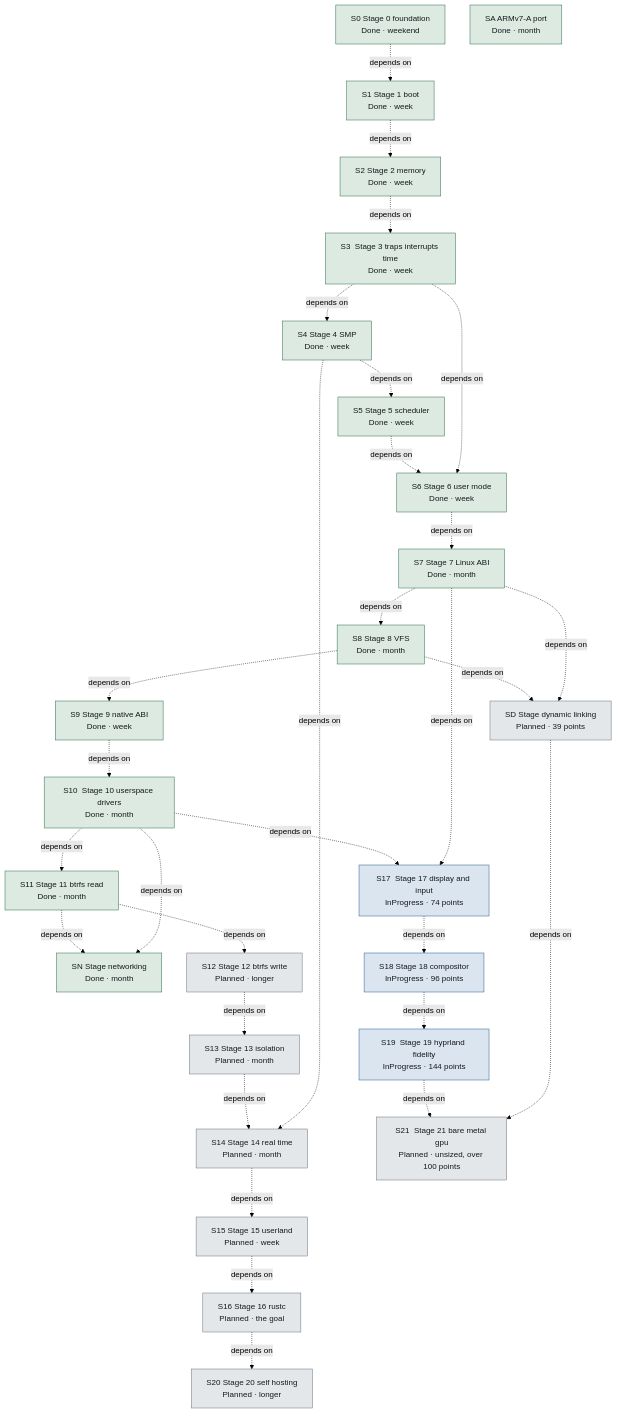
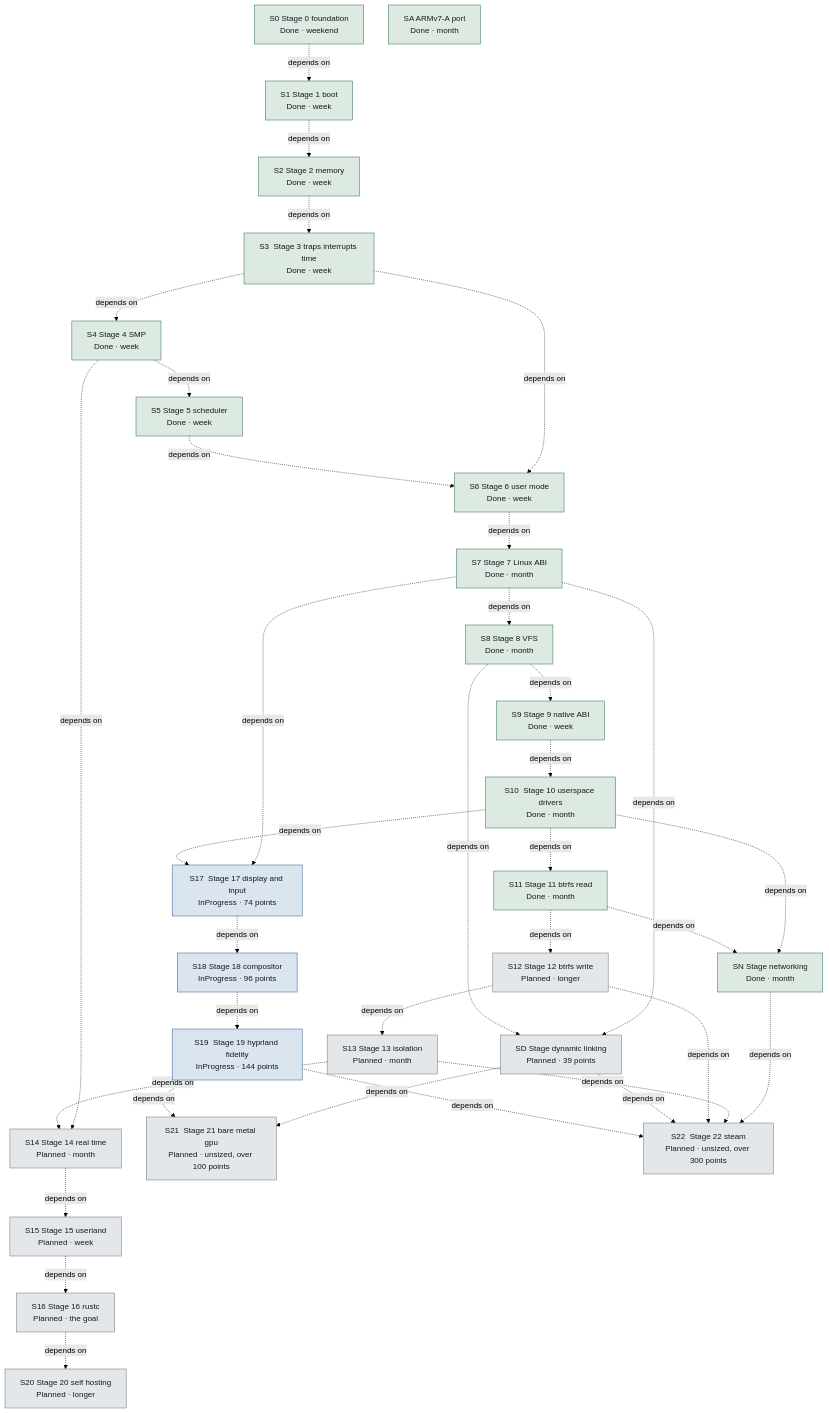
Diagram 16 of 19 in docs/generated/ARCHITECTURE.md (SetZero/ferrix), drawn with Mermaid (forest theme) before and after one commit. The commit also changed other lines of this file and 6 other files, not shown here.

First line of the commit message:
Put Steam on the roadmap, as stage 22

````diff
--- a/docs/generated/ARCHITECTURE.md
+++ b/docs/generated/ARCHITECTURE.md
@@ -2541,63 +2542,69 @@
 ```mermaid
 flowchart TB
   n0_FerrixRoadmap_stage0Foundation["S0  Stage 0 foundation<br>Done · weekend"]
   n1_FerrixRoadmap_stage1Boot["S1  Stage 1 boot<br>Done · week"]
   n2_FerrixRoadmap_stage2Memory["S2  Stage 2 memory<br>Done · week"]
   n3_FerrixRoadmap_stage3TrapsInterruptsTime["S3  Stage 3 traps interrupts time<br>Done · week"]
   n4_FerrixRoadmap_stage4Smp["S4  Stage 4 SMP<br>Done · week"]
   n5_FerrixRoadmap_armv7aPort["SA  ARMv7-A port<br>Done · month"]
   n6_FerrixRoadmap_stage5Scheduler["S5  Stage 5 scheduler<br>Done · week"]
   n7_FerrixRoadmap_stage6UserMode["S6  Stage 6 user mode<br>Done · week"]
   n8_FerrixRoadmap_stage7LinuxAbi["S7  Stage 7 Linux ABI<br>Done · month"]
   n9_FerrixRoadmap_stage8Vfs["S8  Stage 8 VFS<br>Done · month"]
   n10_FerrixRoadmap_stage9NativeAbi["S9  Stage 9 native ABI<br>Done · week"]
   n11_FerrixRoadmap_stage10UserspaceDrivers["S10  Stage 10 userspace drivers<br>Done · month"]
   n12_FerrixRoadmap_stage11BtrfsRead["S11  Stage 11 btrfs read<br>Done · month"]
   n13_FerrixRoadmap_stageNetworking["SN  Stage networking<br>Done · month"]
   n14_FerrixRoadmap_stageDynamicLinking["SD  Stage dynamic linking<br>Planned · 39 points"]
   n15_FerrixRoadmap_stage12BtrfsWrite["S12  Stage 12 btrfs write<br>Planned · longer"]
   n16_FerrixRoadmap_stage13Isolation["S13  Stage 13 isolation<br>Planned · month"]
   n17_FerrixRoadmap_stage14RealTime["S14  Stage 14 real time<br>Planned · month"]
   n18_FerrixRoadmap_stage15Userland["S15  Stage 15 userland<br>Planned · week"]
   n19_FerrixRoadmap_stage16Rustc["S16  Stage 16 rustc<br>Planned · the goal"]
   n20_FerrixRoadmap_stage17DisplayAndInput["S17  Stage 17 display and input<br>InProgress · 74 points"]
   n21_FerrixRoadmap_stage18Compositor["S18  Stage 18 compositor<br>InProgress · 96 points"]
   n22_FerrixRoadmap_stage19HyprlandFidelity["S19  Stage 19 hyprland fidelity<br>InProgress · 144 points"]
   n23_FerrixRoadmap_stage21BareMetalGpu["S21  Stage 21 bare metal gpu<br>Planned · unsized, over 100 points"]
-  n24_FerrixRoadmap_stage20SelfHosting["S20  Stage 20 self hosting<br>Planned · longer"]
+  n24_FerrixRoadmap_stage22Steam["S22  Stage 22 steam<br>Planned · unsized, over 300 points"]
+  n25_FerrixRoadmap_stage20SelfHosting["S20  Stage 20 self hosting<br>Planned · longer"]
   n0_FerrixRoadmap_stage0Foundation -. "depends on" .-> n1_FerrixRoadmap_stage1Boot
   n1_FerrixRoadmap_stage1Boot -. "depends on" .-> n2_FerrixRoadmap_stage2Memory
   n2_FerrixRoadmap_stage2Memory -. "depends on" .-> n3_FerrixRoadmap_stage3TrapsInterruptsTime
   n3_FerrixRoadmap_stage3TrapsInterruptsTime -. "depends on" .-> n4_FerrixRoadmap_stage4Smp
   n4_FerrixRoadmap_stage4Smp -. "depends on" .-> n6_FerrixRoadmap_stage5Scheduler
   n6_FerrixRoadmap_stage5Scheduler -. "depends on" .-> n7_FerrixRoadmap_stage6UserMode
   n3_FerrixRoadmap_stage3TrapsInterruptsTime -. "depends on" .-> n7_FerrixRoadmap_stage6UserMode
   n7_FerrixRoadmap_stage6UserMode -. "depends on" .-> n8_FerrixRoadmap_stage7LinuxAbi
   n8_FerrixRoadmap_stage7LinuxAbi -. "depends on" .-> n9_FerrixRoadmap_stage8Vfs
   n9_FerrixRoadmap_stage8Vfs -. "depends on" .-> n10_FerrixRoadmap_stage9NativeAbi
   n10_FerrixRoadmap_stage9NativeAbi -. "depends on" .-> n11_FerrixRoadmap_stage10UserspaceDrivers
   n11_FerrixRoadmap_stage10UserspaceDrivers -. "depends on" .-> n12_FerrixRoadmap_stage11BtrfsRead
   n12_FerrixRoadmap_stage11BtrfsRead -. "depends on" .-> n13_FerrixRoadmap_stageNetworking
   n11_FerrixRoadmap_stage10UserspaceDrivers -. "depends on" .-> n13_FerrixRoadmap_stageNetworking
   n9_FerrixRoadmap_stage8Vfs -. "depends on" .-> n14_FerrixRoadmap_stageDynamicLinking
   n8_FerrixRoadmap_stage7LinuxAbi -. "depends on" .-> n14_FerrixRoadmap_stageDynamicLinking
   n12_FerrixRoadmap_stage11BtrfsRead -. "depends on" .-> n15_FerrixRoadmap_stage12BtrfsWrite
   n15_FerrixRoadmap_stage12BtrfsWrite -. "depends on" .-> n16_FerrixRoadmap_stage13Isolation
   n16_FerrixRoadmap_stage13Isolation -. "depends on" .-> n17_FerrixRoadmap_stage14RealTime
   n4_FerrixRoadmap_stage4Smp -. "depends on" .-> n17_FerrixRoadmap_stage14RealTime
   n17_FerrixRoadmap_stage14RealTime -. "depends on" .-> n18_FerrixRoadmap_stage15Userland
   n18_FerrixRoadmap_stage15Userland -. "depends on" .-> n19_FerrixRoadmap_stage16Rustc
   n11_FerrixRoadmap_stage10UserspaceDrivers -. "depends on" .-> n20_FerrixRoadmap_stage17DisplayAndInput
   n8_FerrixRoadmap_stage7LinuxAbi -. "depends on" .-> n20_FerrixRoadmap_stage17DisplayAndInput
   n20_FerrixRoadmap_stage17DisplayAndInput -. "depends on" .-> n21_FerrixRoadmap_stage18Compositor
   n21_FerrixRoadmap_stage18Compositor -. "depends on" .-> n22_FerrixRoadmap_stage19HyprlandFidelity
-  n19_FerrixRoadmap_stage16Rustc -. "depends on" .-> n24_FerrixRoadmap_stage20SelfHosting
+  n19_FerrixRoadmap_stage16Rustc -. "depends on" .-> n25_FerrixRoadmap_stage20SelfHosting
   n22_FerrixRoadmap_stage19HyprlandFidelity -. "depends on" .-> n23_FerrixRoadmap_stage21BareMetalGpu
   n14_FerrixRoadmap_stageDynamicLinking -. "depends on" .-> n23_FerrixRoadmap_stage21BareMetalGpu
+  n22_FerrixRoadmap_stage19HyprlandFidelity -. "depends on" .-> n24_FerrixRoadmap_stage22Steam
+  n14_FerrixRoadmap_stageDynamicLinking -. "depends on" .-> n24_FerrixRoadmap_stage22Steam
+  n15_FerrixRoadmap_stage12BtrfsWrite -. "depends on" .-> n24_FerrixRoadmap_stage22Steam
+  n16_FerrixRoadmap_stage13Isolation -. "depends on" .-> n24_FerrixRoadmap_stage22Steam
+  n13_FerrixRoadmap_stageNetworking -. "depends on" .-> n24_FerrixRoadmap_stage22Steam
   classDef implemented fill:#dceae2,stroke:#2c6e4e,color:#16191d
   classDef planned fill:#e4e7ea,stroke:#6a737e,color:#16191d
   classDef inProgress fill:#dae5f0,stroke:#2a5f8f,color:#16191d
   class n0_FerrixRoadmap_stage0Foundation,n1_FerrixRoadmap_stage1Boot,n2_FerrixRoadmap_stage2Memory,n3_FerrixRoadmap_stage3TrapsInterruptsTime,n4_FerrixRoadmap_stage4Smp,n5_FerrixRoadmap_armv7aPort,n6_FerrixRoadmap_stage5Scheduler,n7_FerrixRoadmap_stage6UserMode,n8_FerrixRoadmap_stage7LinuxAbi,n9_FerrixRoadmap_stage8Vfs,n10_FerrixRoadmap_stage9NativeAbi,n11_FerrixRoadmap_stage10UserspaceDrivers,n12_FerrixRoadmap_stage11BtrfsRead,n13_FerrixRoadmap_stageNetworking implemented
-  class n14_FerrixRoadmap_stageDynamicLinking,n15_FerrixRoadmap_stage12BtrfsWrite,n16_FerrixRoadmap_stage13Isolation,n17_FerrixRoadmap_stage14RealTime,n18_FerrixRoadmap_stage15Userland,n19_FerrixRoadmap_stage16Rustc,n23_FerrixRoadmap_stage21BareMetalGpu,n24_FerrixRoadmap_stage20SelfHosting planned
+  class n14_FerrixRoadmap_stageDynamicLinking,n15_FerrixRoadmap_stage12BtrfsWrite,n16_FerrixRoadmap_stage13Isolation,n17_FerrixRoadmap_stage14RealTime,n18_FerrixRoadmap_stage15Userland,n19_FerrixRoadmap_stage16Rustc,n23_FerrixRoadmap_stage21BareMetalGpu,n24_FerrixRoadmap_stage22Steam,n25_FerrixRoadmap_stage20SelfHosting planned
   class n20_FerrixRoadmap_stage17DisplayAndInput,n21_FerrixRoadmap_stage18Compositor,n22_FerrixRoadmap_stage19HyprlandFidelity inProgress
 ```
````
